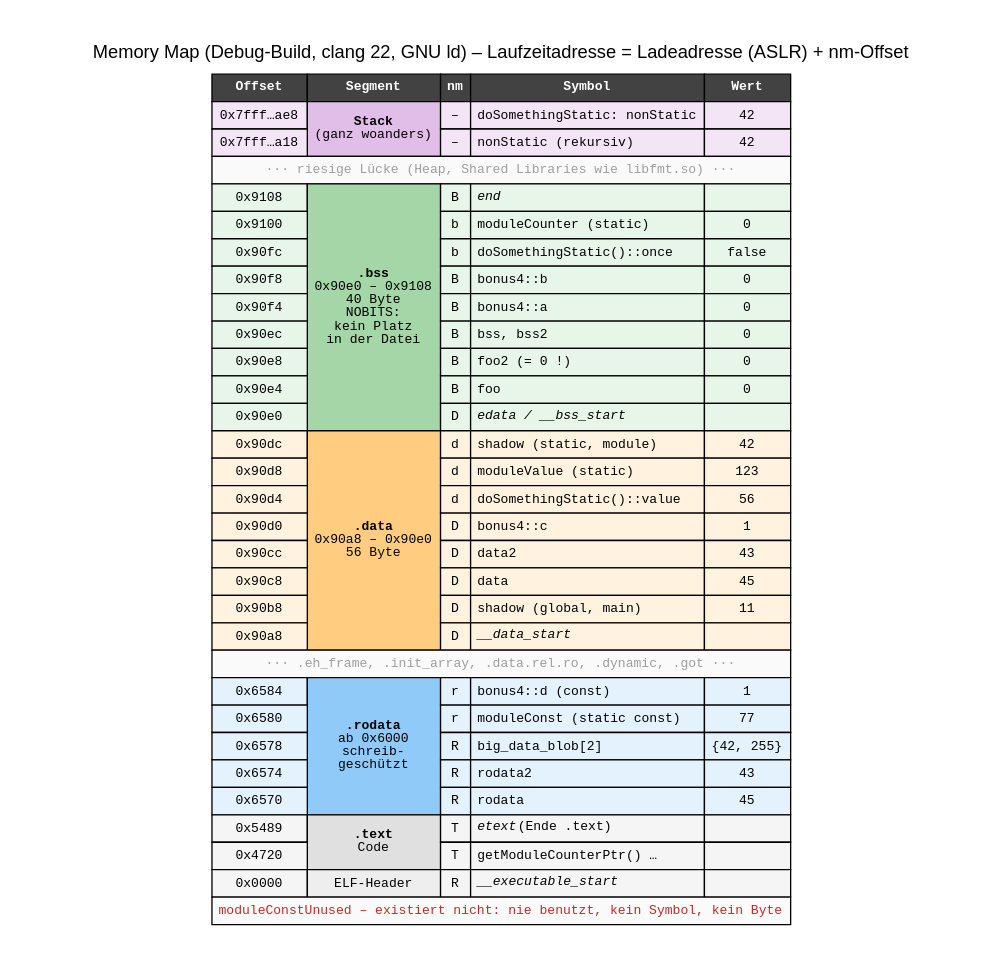
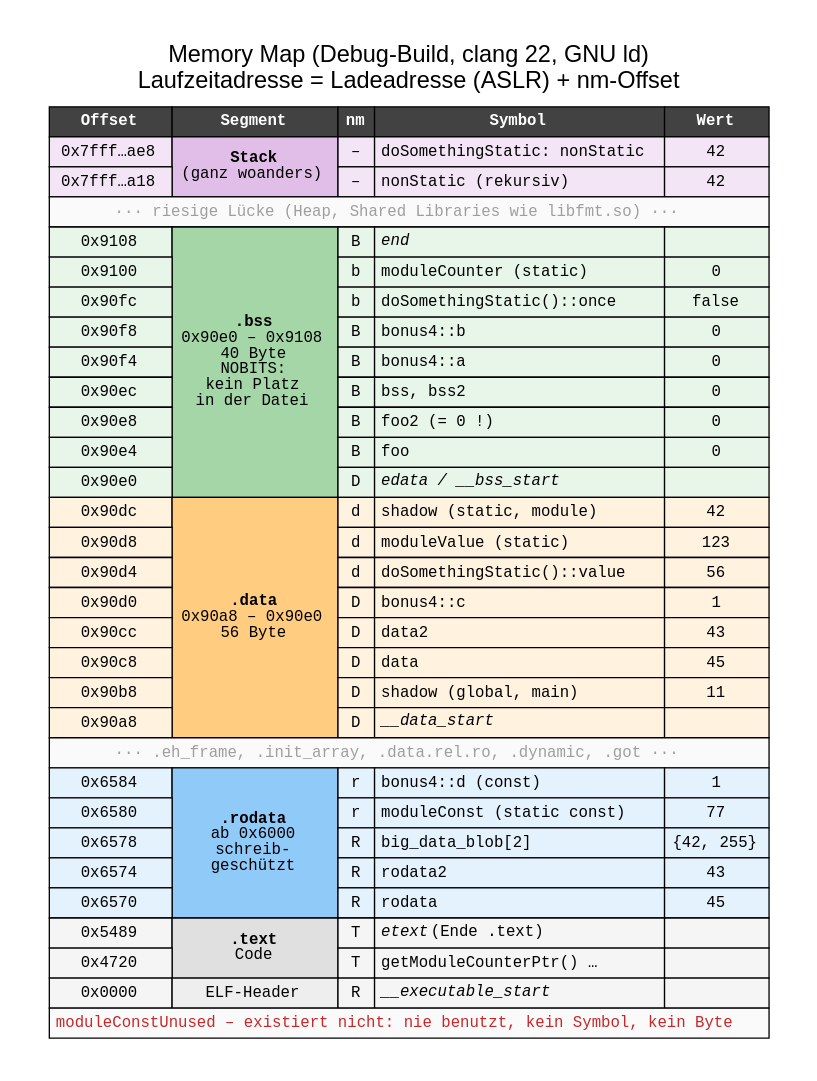
Before and after one commit to graugans/tea24: the diagram in exercise-002/doc/05_memory_map.dot, drawn with Graphviz. The commit also changed 57 other files, not shown here.

First line of the commit message:
docs: make diagram text readable at page width

```diff
--- a/exercise-002/doc/05_memory_map.dot
+++ b/exercise-002/doc/05_memory_map.dot
@@ -1,52 +1,52 @@
 // Memory Map von exercise-002 (Offsets aus `nm -SC`, identisch mit der Programmausgabe "(nm 0x…)")
 digraph memmap {
     graph [fontname="Helvetica", bgcolor="white", pad=0.3,
-           label="Memory Map (Debug-Build, clang 22, GNU ld) – Laufzeitadresse = Ladeadresse (ASLR) + nm-Offset",
-           labelloc=t, fontsize=14];
-    node [fontname="Courier", fontsize=10, shape=plaintext];
+           label="Memory Map (Debug-Build, clang 22, GNU ld)\nLaufzeitadresse = Ladeadresse (ASLR) + nm-Offset",
+           labelloc=t, fontsize=18];
+    node [fontname="Courier", fontsize=12, shape=plaintext];
 
     map [label=<
       <table border="0" cellborder="1" cellspacing="0" cellpadding="4">
         <tr><td bgcolor="#424242"><font color="white"><b>Offset</b></font></td>
             <td bgcolor="#424242"><font color="white"><b>Segment</b></font></td>
             <td bgcolor="#424242"><font color="white"><b>nm</b></font></td>
             <td bgcolor="#424242"><font color="white"><b>Symbol</b></font></td>
             <td bgcolor="#424242"><font color="white"><b>Wert</b></font></td></tr>
 
         <tr><td bgcolor="#f3e5f5">0x7fff…ae8</td><td bgcolor="#e1bee7" rowspan="2"><b>Stack</b><br/>(ganz woanders)</td><td bgcolor="#f3e5f5">–</td><td bgcolor="#f3e5f5" align="left">doSomethingStatic: nonStatic</td><td bgcolor="#f3e5f5">42</td></tr>
         <tr><td bgcolor="#f3e5f5">0x7fff…a18</td><td bgcolor="#f3e5f5">–</td><td bgcolor="#f3e5f5" align="left">nonStatic (rekursiv)</td><td bgcolor="#f3e5f5">42</td></tr>
         <tr><td colspan="5" bgcolor="#fafafa"><font color="#9e9e9e">··· riesige Lücke (Heap, Shared Libraries wie libfmt.so) ···</font></td></tr>
 
         <tr><td bgcolor="#e8f5e9">0x9108</td><td bgcolor="#a5d6a7" rowspan="9"><b>.bss</b><br/>0x90e0 – 0x9108<br/>40 Byte<br/>NOBITS:<br/>kein Platz<br/>in der Datei</td><td bgcolor="#e8f5e9">B</td><td bgcolor="#e8f5e9" align="left"><i>end</i></td><td bgcolor="#e8f5e9"></td></tr>
         <tr><td bgcolor="#e8f5e9">0x9100</td><td bgcolor="#e8f5e9">b</td><td bgcolor="#e8f5e9" align="left">moduleCounter (static)</td><td bgcolor="#e8f5e9">0</td></tr>
         <tr><td bgcolor="#e8f5e9">0x90fc</td><td bgcolor="#e8f5e9">b</td><td bgcolor="#e8f5e9" align="left">doSomethingStatic()::once</td><td bgcolor="#e8f5e9">false</td></tr>
         <tr><td bgcolor="#e8f5e9">0x90f8</td><td bgcolor="#e8f5e9">B</td><td bgcolor="#e8f5e9" align="left">bonus4::b</td><td bgcolor="#e8f5e9">0</td></tr>
         <tr><td bgcolor="#e8f5e9">0x90f4</td><td bgcolor="#e8f5e9">B</td><td bgcolor="#e8f5e9" align="left">bonus4::a</td><td bgcolor="#e8f5e9">0</td></tr>
         <tr><td bgcolor="#e8f5e9">0x90ec</td><td bgcolor="#e8f5e9">B</td><td bgcolor="#e8f5e9" align="left">bss, bss2</td><td bgcolor="#e8f5e9">0</td></tr>
         <tr><td bgcolor="#e8f5e9">0x90e8</td><td bgcolor="#e8f5e9">B</td><td bgcolor="#e8f5e9" align="left">foo2 (= 0 !)</td><td bgcolor="#e8f5e9">0</td></tr>
         <tr><td bgcolor="#e8f5e9">0x90e4</td><td bgcolor="#e8f5e9">B</td><td bgcolor="#e8f5e9" align="left">foo</td><td bgcolor="#e8f5e9">0</td></tr>
         <tr><td bgcolor="#e8f5e9">0x90e0</td><td bgcolor="#e8f5e9">D</td><td bgcolor="#e8f5e9" align="left"><i>edata / __bss_start</i></td><td bgcolor="#e8f5e9"></td></tr>
 
         <tr><td bgcolor="#fff3e0">0x90dc</td><td bgcolor="#ffcc80" rowspan="8"><b>.data</b><br/>0x90a8 – 0x90e0<br/>56 Byte</td><td bgcolor="#fff3e0">d</td><td bgcolor="#fff3e0" align="left">shadow (static, module)</td><td bgcolor="#fff3e0">42</td></tr>
         <tr><td bgcolor="#fff3e0">0x90d8</td><td bgcolor="#fff3e0">d</td><td bgcolor="#fff3e0" align="left">moduleValue (static)</td><td bgcolor="#fff3e0">123</td></tr>
         <tr><td bgcolor="#fff3e0">0x90d4</td><td bgcolor="#fff3e0">d</td><td bgcolor="#fff3e0" align="left">doSomethingStatic()::value</td><td bgcolor="#fff3e0">56</td></tr>
         <tr><td bgcolor="#fff3e0">0x90d0</td><td bgcolor="#fff3e0">D</td><td bgcolor="#fff3e0" align="left">bonus4::c</td><td bgcolor="#fff3e0">1</td></tr>
         <tr><td bgcolor="#fff3e0">0x90cc</td><td bgcolor="#fff3e0">D</td><td bgcolor="#fff3e0" align="left">data2</td><td bgcolor="#fff3e0">43</td></tr>
         <tr><td bgcolor="#fff3e0">0x90c8</td><td bgcolor="#fff3e0">D</td><td bgcolor="#fff3e0" align="left">data</td><td bgcolor="#fff3e0">45</td></tr>
         <tr><td bgcolor="#fff3e0">0x90b8</td><td bgcolor="#fff3e0">D</td><td bgcolor="#fff3e0" align="left">shadow (global, main)</td><td bgcolor="#fff3e0">11</td></tr>
         <tr><td bgcolor="#fff3e0">0x90a8</td><td bgcolor="#fff3e0">D</td><td bgcolor="#fff3e0" align="left"><i>__data_start</i></td><td bgcolor="#fff3e0"></td></tr>
 
         <tr><td colspan="5" bgcolor="#fafafa"><font color="#9e9e9e">··· .eh_frame, .init_array, .data.rel.ro, .dynamic, .got ···</font></td></tr>
 
         <tr><td bgcolor="#e3f2fd">0x6584</td><td bgcolor="#90caf9" rowspan="5"><b>.rodata</b><br/>ab 0x6000<br/>schreib-<br/>geschützt</td><td bgcolor="#e3f2fd">r</td><td bgcolor="#e3f2fd" align="left">bonus4::d (const)</td><td bgcolor="#e3f2fd">1</td></tr>
         <tr><td bgcolor="#e3f2fd">0x6580</td><td bgcolor="#e3f2fd">r</td><td bgcolor="#e3f2fd" align="left">moduleConst (static const)</td><td bgcolor="#e3f2fd">77</td></tr>
         <tr><td bgcolor="#e3f2fd">0x6578</td><td bgcolor="#e3f2fd">R</td><td bgcolor="#e3f2fd" align="left">big_data_blob[2]</td><td bgcolor="#e3f2fd">{42, 255}</td></tr>
         <tr><td bgcolor="#e3f2fd">0x6574</td><td bgcolor="#e3f2fd">R</td><td bgcolor="#e3f2fd" align="left">rodata2</td><td bgcolor="#e3f2fd">43</td></tr>
         <tr><td bgcolor="#e3f2fd">0x6570</td><td bgcolor="#e3f2fd">R</td><td bgcolor="#e3f2fd" align="left">rodata</td><td bgcolor="#e3f2fd">45</td></tr>
 
         <tr><td bgcolor="#f5f5f5">0x5489</td><td bgcolor="#e0e0e0" rowspan="2"><b>.text</b><br/>Code</td><td bgcolor="#f5f5f5">T</td><td bgcolor="#f5f5f5" align="left"><i>etext</i> (Ende .text)</td><td bgcolor="#f5f5f5"></td></tr>
         <tr><td bgcolor="#f5f5f5">0x4720</td><td bgcolor="#f5f5f5">T</td><td bgcolor="#f5f5f5" align="left">getModuleCounterPtr() …</td><td bgcolor="#f5f5f5"></td></tr>
         <tr><td bgcolor="#f5f5f5">0x0000</td><td bgcolor="#eeeeee">ELF-Header</td><td bgcolor="#f5f5f5">R</td><td bgcolor="#f5f5f5" align="left"><i>__executable_start</i></td><td bgcolor="#f5f5f5"></td></tr>
         <tr><td colspan="5" bgcolor="#fafafa"><font color="#c62828">moduleConstUnused – existiert nicht: nie benutzt, kein Symbol, kein Byte</font></td></tr>
       </table>>];
 }
```
